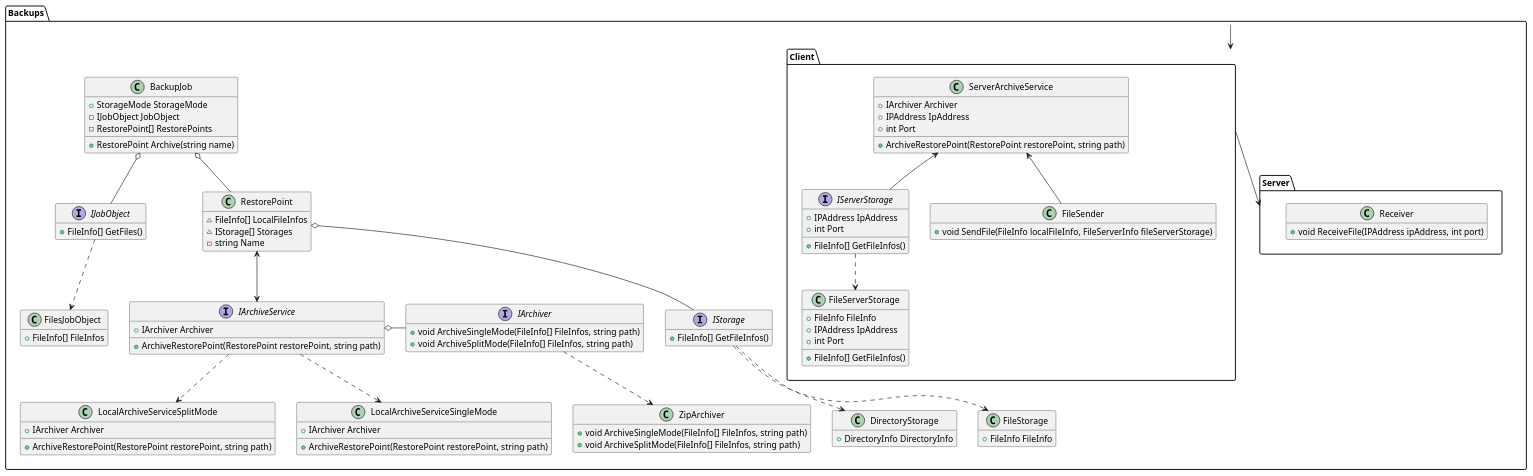
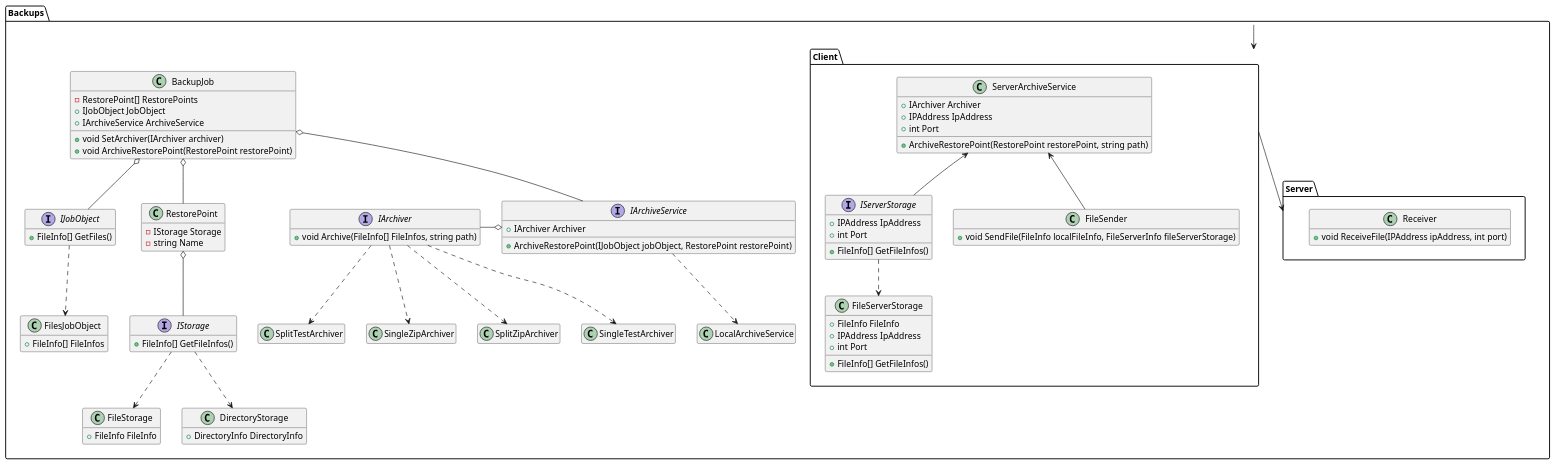
The diagram in Docs/Classes.puml (Ar4eR-ValerA/OOP.IIIsem), drawn with PlantUML before and after one commit. The commit also changed 7 other files, not shown here.

Commit message:
chore: moves main logic to backup job

```diff
--- a/Docs/Classes.puml
+++ b/Docs/Classes.puml
@@ -1,124 +1,125 @@
 @startuml
 
 hide empty members
 
 package Backups {
     class BackupJob {
-        + StorageMode StorageMode
-        - IJobObject JobObject
         - RestorePoint[] RestorePoints
+        + IJobObject JobObject
+        + IArchiveService ArchiveService
         
-        + RestorePoint Archive(string name)
+        + void SetArchiver(IArchiver archiver)
+        + void ArchiveRestorePoint(RestorePoint restorePoint)
     }
     
     interface IJobObject {
         + FileInfo[] GetFiles()
     }
     
 
     class FilesJobObject {
         + FileInfo[] FileInfos
     }
     
     class RestorePoint {
-        ~ FileInfo[] LocalFileInfos
-        ~ IStorage[] Storages
+        - IStorage Storage
         - string Name
     }
     
     interface IStorage {
         + FileInfo[] GetFileInfos()
     }
     
     interface IArchiveService {
         + IArchiver Archiver
         
-        + ArchiveRestorePoint(RestorePoint restorePoint, string path)
+        + ArchiveRestorePoint(IJobObject jobObject, RestorePoint restorePoint)
     }
     
-    class ZipArchiver {
-        + void ArchiveSingleMode(FileInfo[] FileInfos, string path)
-        + void ArchiveSplitMode(FileInfo[] FileInfos, string path)
+    class SingleZipArchiver {
+    }
+    
+    class SplitZipArchiver {
+    }
+    
+    class SingleTestArchiver {
+    }
+    
+    class SplitTestArchiver {
     }
     
     interface IArchiver {
-        + void ArchiveSingleMode(FileInfo[] FileInfos, string path)
-        + void ArchiveSplitMode(FileInfo[] FileInfos, string path)
+        + void Archive(FileInfo[] FileInfos, string path)
     }
     
-    class LocalArchiveServiceSingleMode {
-        + IArchiver Archiver
-        
-        + ArchiveRestorePoint(RestorePoint restorePoint, string path)
+    class LocalArchiveService {
     }
-    
-    class LocalArchiveServiceSplitMode {
-            + IArchiver Archiver
-            
-            + ArchiveRestorePoint(RestorePoint restorePoint, string path)
-        }
     
     class FileStorage {
         + FileInfo FileInfo
     }
     
     class DirectoryStorage {
         + DirectoryInfo DirectoryInfo
     }
 }
 
 package Backups.Client {
     class ServerArchiveService {
         + IArchiver Archiver
         + IPAddress IpAddress
         + int Port
                 
         + ArchiveRestorePoint(RestorePoint restorePoint, string path)
     }
     
     class FileServerStorage {
         + FileInfo FileInfo
         + IPAddress IpAddress
         + int Port
         
         + FileInfo[] GetFileInfos()
     }
     
     interface IServerStorage {
         + FileInfo[] GetFileInfos()
         + IPAddress IpAddress
         + int Port
     }
     
     class FileSender {
         + void SendFile(FileInfo localFileInfo, FileServerInfo fileServerStorage)
     }
 }
 
 package Backups.Server {
     class Receiver {
         + void ReceiveFile(IPAddress ipAddress, int port)
     }
 }
 
 BackupJob o-- RestorePoint
 RestorePoint o-- IStorage
 BackupJob o-- IJobObject
-RestorePoint <--> IArchiveService
+BackupJob o-- IArchiveService
 IJobObject ..> FilesJobObject
 IStorage ..> FileStorage
 IStorage ..> DirectoryStorage
 IArchiver -o IArchiveService
-IArchiver ..> ZipArchiver
+
+IArchiver ..> SingleZipArchiver
+IArchiver ..> SplitZipArchiver
+IArchiver ..> SingleTestArchiver
+IArchiver ..> SplitTestArchiver
+
 Backups --> Backups.Client
 Backups.Client --> Backups.Server
 
 ServerArchiveService <-- IServerStorage
 ServerArchiveService <-- FileSender
 IServerStorage ..> FileServerStorage
 
-IArchiveService ..> LocalArchiveServiceSingleMode
-IArchiveService ..> LocalArchiveServiceSplitMode
+IArchiveService ..> LocalArchiveService
 
 
 @enduml
```
